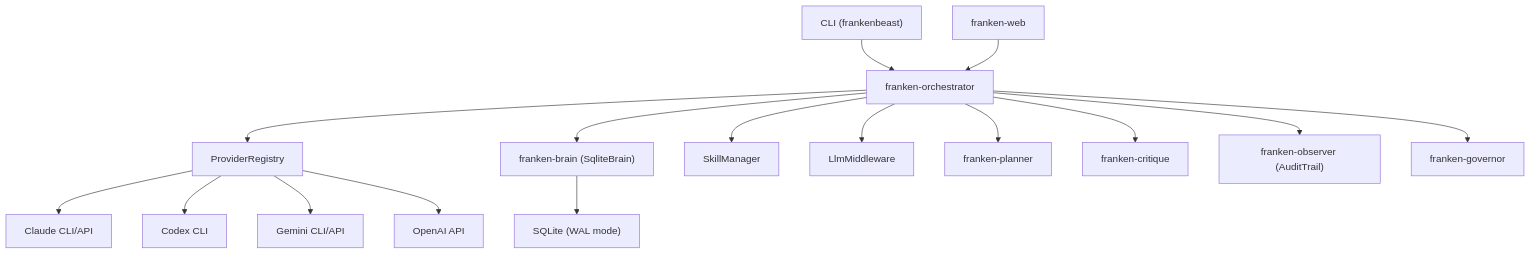
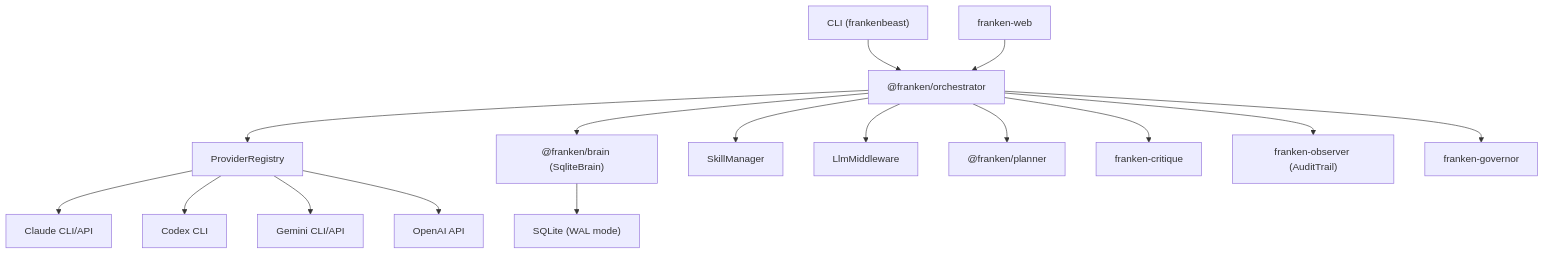
One commit to djm204/frankenbeast changed the first of 6 diagrams in docs/plans/consolidation/phase9-docs-cleanup/01_architecture-md.md. Above: the diagram before and after it, drawn with Mermaid. The commit also changed other lines of this file and 177 other files, not shown here.

````diff
--- a/docs/plans/consolidation/phase9-docs-cleanup/01_architecture-md.md
+++ b/docs/plans/consolidation/phase9-docs-cleanup/01_architecture-md.md
@@ -21,18 +21,18 @@
 ```mermaid
 graph TD
-    CLI["CLI (frankenbeast)"] --> Orchestrator["franken-orchestrator"]
+    CLI["CLI (frankenbeast)"] --> Orchestrator["@franken/orchestrator"]
     Dashboard["franken-web"] --> Orchestrator
     Orchestrator --> ProviderRegistry["ProviderRegistry"]
-    Orchestrator --> Brain["franken-brain (SqliteBrain)"]
+    Orchestrator --> Brain["@franken/brain (SqliteBrain)"]
     Orchestrator --> Skills["SkillManager"]
     Orchestrator --> Security["LlmMiddleware"]
-    Orchestrator --> Planner["franken-planner"]
+    Orchestrator --> Planner["@franken/planner"]
     Orchestrator --> Critique["franken-critique"]
     Orchestrator --> Observer["franken-observer (AuditTrail)"]
     Orchestrator --> Governor["franken-governor"]
     ProviderRegistry --> Claude["Claude CLI/API"]
     ProviderRegistry --> Codex["Codex CLI"]
     ProviderRegistry --> Gemini["Gemini CLI/API"]
     ProviderRegistry --> OpenAI["OpenAI API"]
     Brain --> SQLite["SQLite (WAL mode)"]
 ```
````
